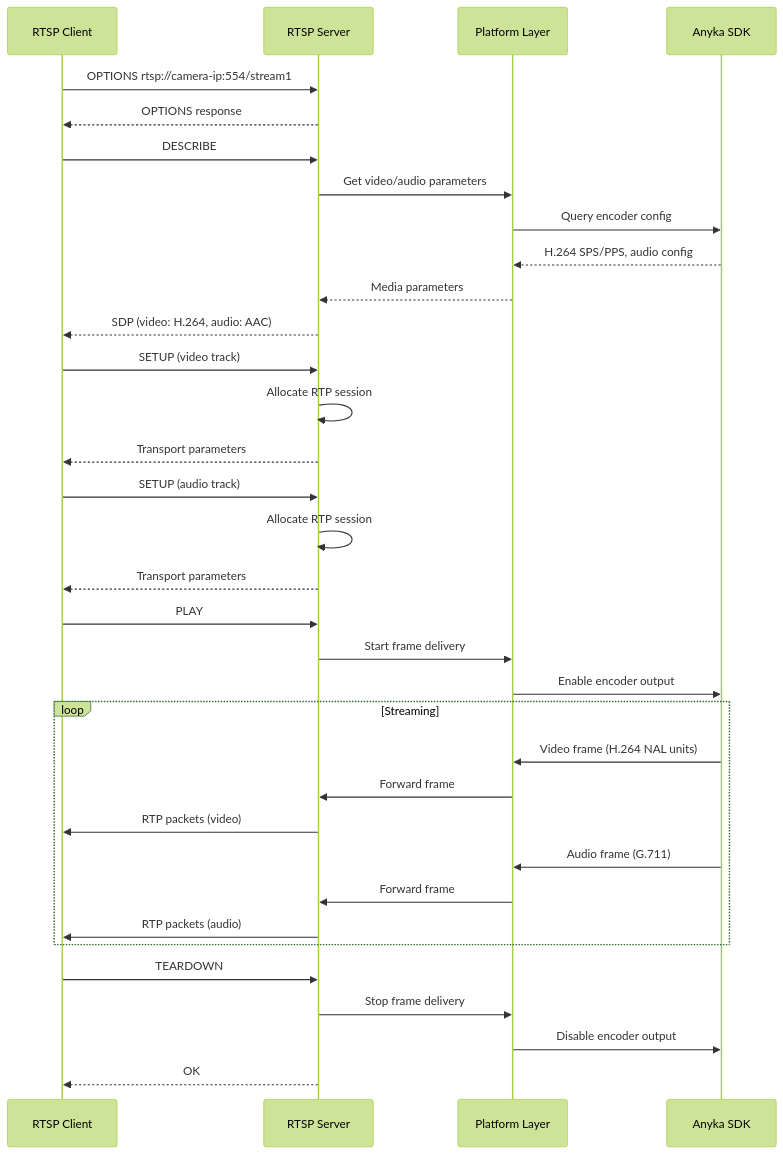
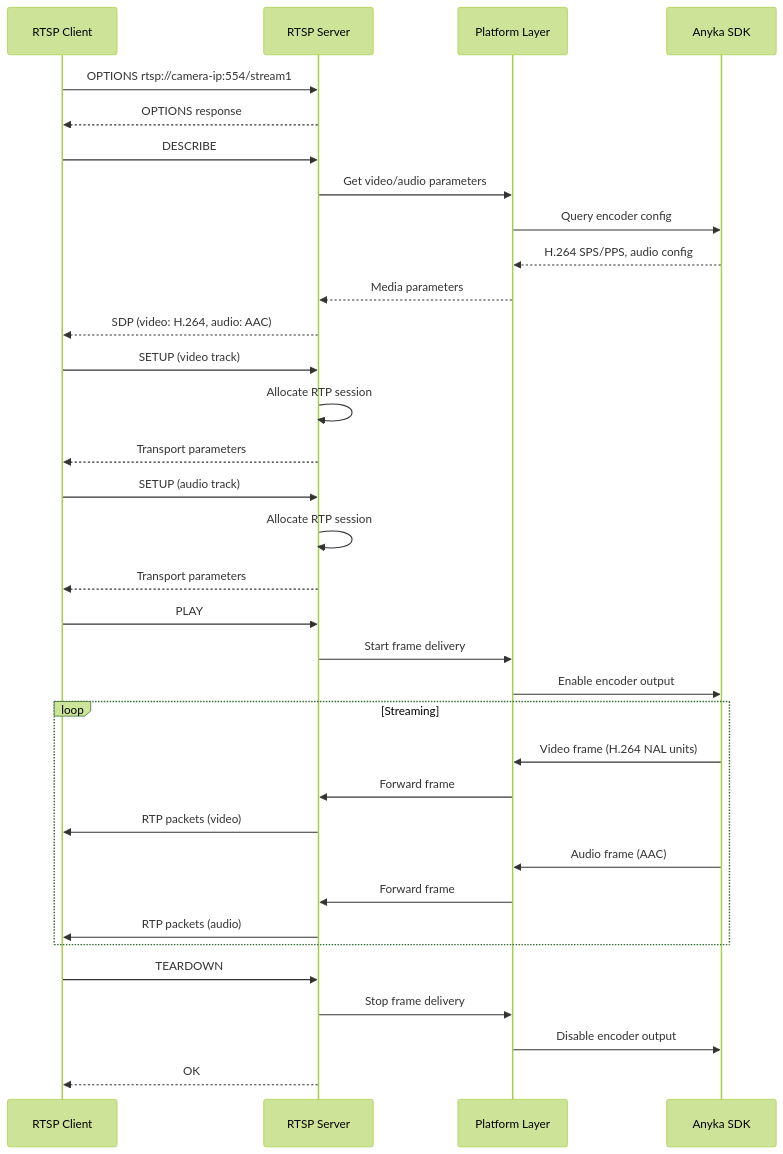
One commit to kkrzysztofik/Anyka_ak3918_hacking_journey changed the fourth of 9 diagrams in specs/004-hw-integration/specs/Core_Flows__Hardware_Integration_and_Streaming_Operations.md. Above: the diagram before and after it, drawn with Mermaid (forest theme). The commit also changed other lines of this file and 136 other files, not shown here.

````diff
--- a/specs/004-hw-integration/specs/Core_Flows__Hardware_Integration_and_Streaming_Operations.md
+++ b/specs/004-hw-integration/specs/Core_Flows__Hardware_Integration_and_Streaming_Operations.md
@@ -296,44 +296,44 @@
 ```mermaid
 sequenceDiagram
     participant Client as RTSP Client
     participant RTSP as RTSP Server
     participant Platform as Platform Layer
     participant SDK as Anyka SDK
 
     Client->>RTSP: OPTIONS rtsp://camera-ip:554/stream1
     RTSP-->>Client: OPTIONS response
     
     Client->>RTSP: DESCRIBE
     RTSP->>Platform: Get video/audio parameters
     Platform->>SDK: Query encoder config
     SDK-->>Platform: H.264 SPS/PPS, audio config
     Platform-->>RTSP: Media parameters
     RTSP-->>Client: SDP (video: H.264, audio: AAC)
     
     Client->>RTSP: SETUP (video track)
     RTSP->>RTSP: Allocate RTP session
     RTSP-->>Client: Transport parameters
     
     Client->>RTSP: SETUP (audio track)
     RTSP->>RTSP: Allocate RTP session
     RTSP-->>Client: Transport parameters
     
     Client->>RTSP: PLAY
     RTSP->>Platform: Start frame delivery
     Platform->>SDK: Enable encoder output
     
     loop Streaming
         SDK->>Platform: Video frame (H.264 NAL units)
         Platform->>RTSP: Forward frame
         RTSP->>Client: RTP packets (video)
         
-        SDK->>Platform: Audio frame (G.711)
+        SDK->>Platform: Audio frame (AAC)
         Platform->>RTSP: Forward frame
         RTSP->>Client: RTP packets (audio)
     end
     
     Client->>RTSP: TEARDOWN
     RTSP->>Platform: Stop frame delivery
     Platform->>SDK: Disable encoder output
     RTSP-->>Client: OK
 ```
````
